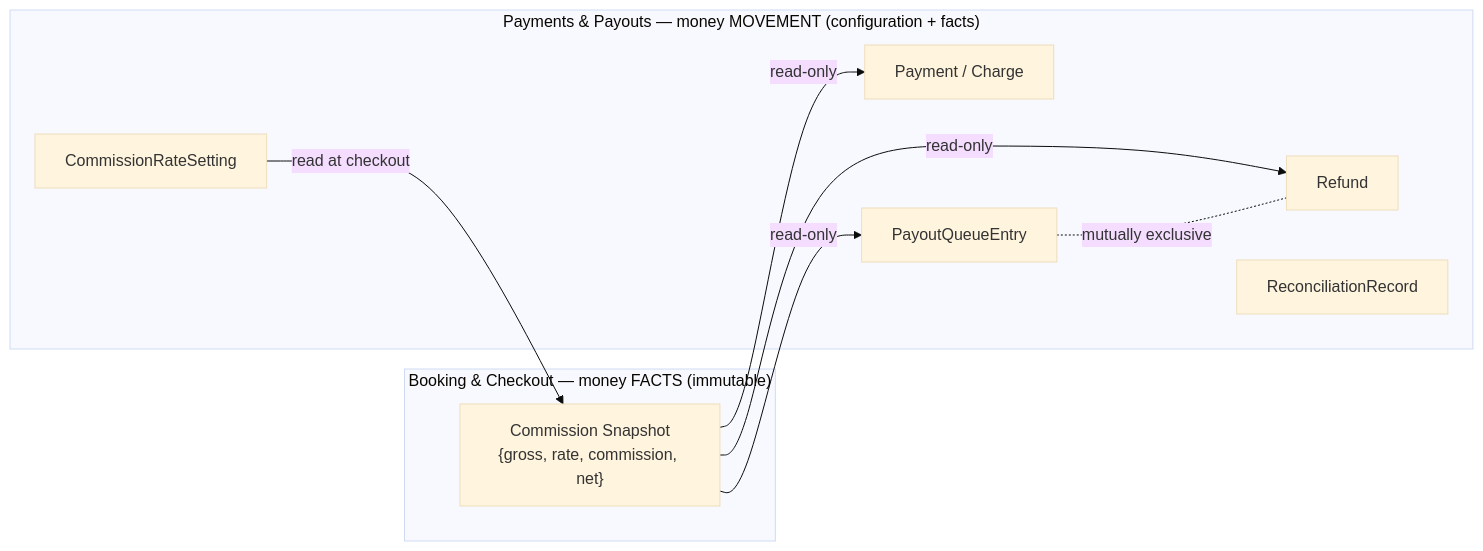
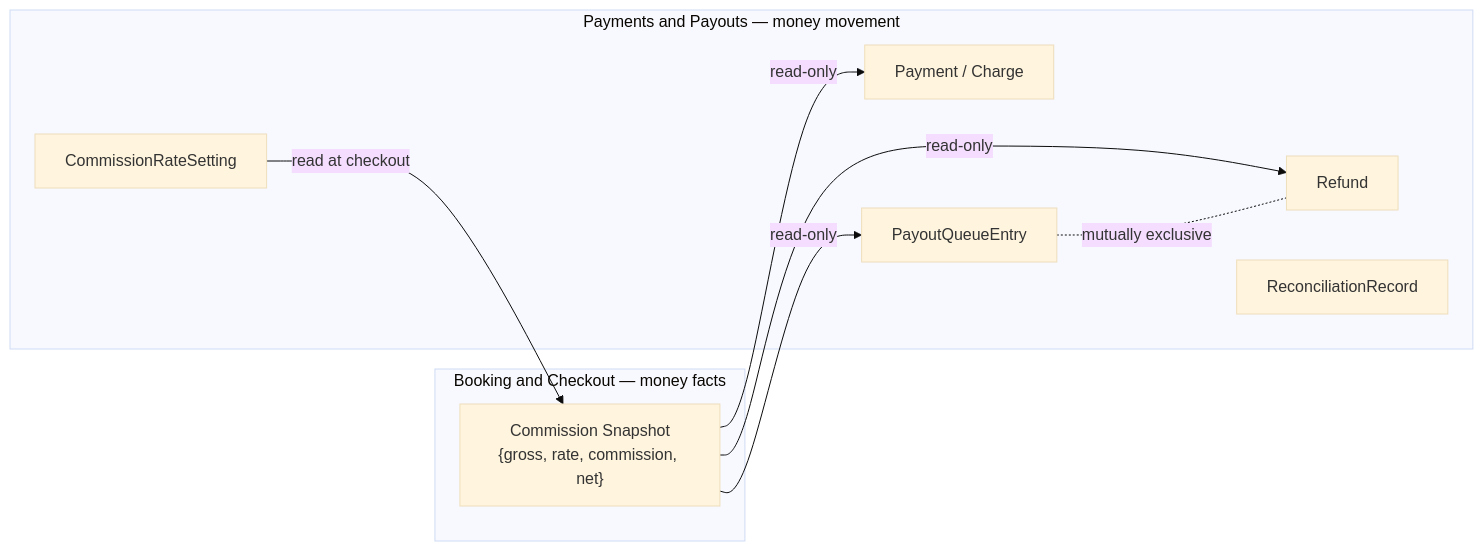
The diagram in docs/30-49-domains/33-data-model/financial-boundaries.md (markmamba/redcab-docs), drawn with Mermaid (base theme) before and after one commit. The commit also changed other lines of this file and 51 other files, not shown here.

First line of the commit message:
docs(domains): normalize links, Mermaid leads, and navigation labels

````diff
--- a/docs/30-49-domains/33-data-model/financial-boundaries.md
+++ b/docs/30-49-domains/33-data-model/financial-boundaries.md
@@ -24,18 +44,18 @@
 ```mermaid
 graph LR
-  subgraph BKG["Booking & Checkout — money FACTS (immutable)"]
+  subgraph BKG["Booking and Checkout — money facts"]
     CS["Commission Snapshot\n{gross, rate, commission, net}"]
   end
-  subgraph PAY["Payments & Payouts — money MOVEMENT (configuration + facts)"]
+  subgraph PAY["Payments and Payouts — money movement"]
     Rate["CommissionRateSetting"]
     Pmt["Payment / Charge"]
     Pay["PayoutQueueEntry"]
     Ref["Refund"]
     Rec["ReconciliationRecord"]
   end
   Rate -->|read at checkout| CS
   CS -->|read-only| Pmt
   CS -->|read-only| Pay
   CS -->|read-only| Ref
   Pay -. mutually exclusive .- Ref
 ```
````
